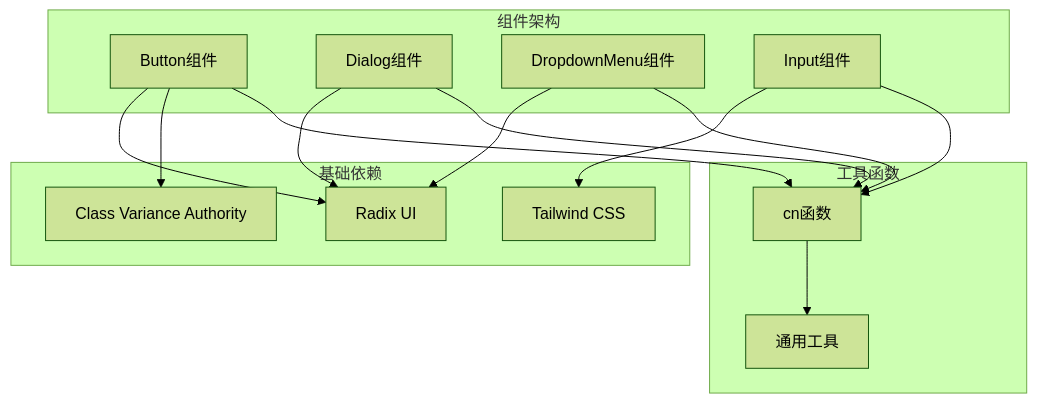
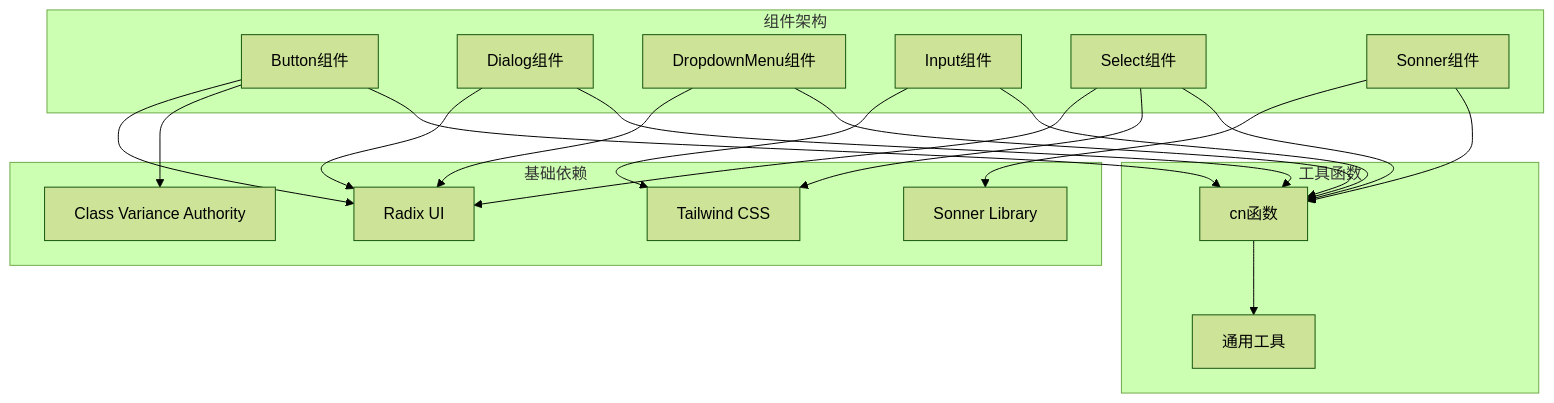
The second of 8 diagrams in .qoder/repowiki/zh/content/组件库/基础UI组件.md (steveyu2/formula-mapper), drawn with Mermaid (forest theme) before and after one commit. The commit also changed other lines of this file and 14 other files, not shown here.

````diff
--- a/.qoder/repowiki/zh/content/组件库/基础UI组件.md
+++ b/.qoder/repowiki/zh/content/组件库/基础UI组件.md
@@ -101,28 +112,36 @@
 ```mermaid
 graph TD
 subgraph "组件架构"
 Button[Button组件]
 Dialog[Dialog组件]
 Dropdown[DropdownMenu组件]
 Input[Input组件]
+Select[Select组件]
+Sonner[Sonner组件]
 end
 subgraph "基础依赖"
 Radix[Radix UI]
 CVa[Class Variance Authority]
 Tailwind[Tailwind CSS]
+SonnerLib[Sonner Library]
 end
 subgraph "工具函数"
 CN[cn函数]
 Utils[通用工具]
 end
 Button --> Radix
 Dialog --> Radix
 Dropdown --> Radix
 Input --> Tailwind
+Select --> Radix
+Select --> Tailwind
+Sonner --> SonnerLib
 Button --> CVa
 Button --> CN
 Dialog --> CN
 Dropdown --> CN
 Input --> CN
+Select --> CN
+Sonner --> CN
 CN --> Utils
 ```
````
